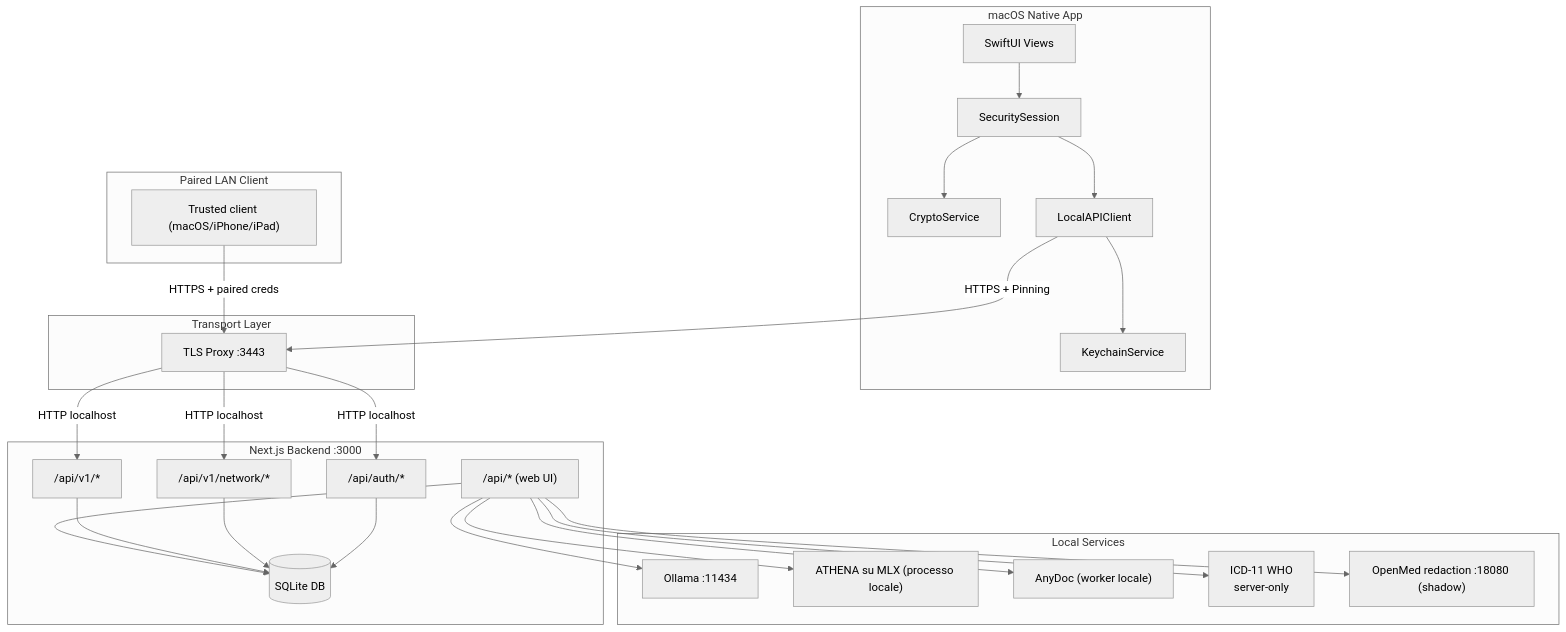
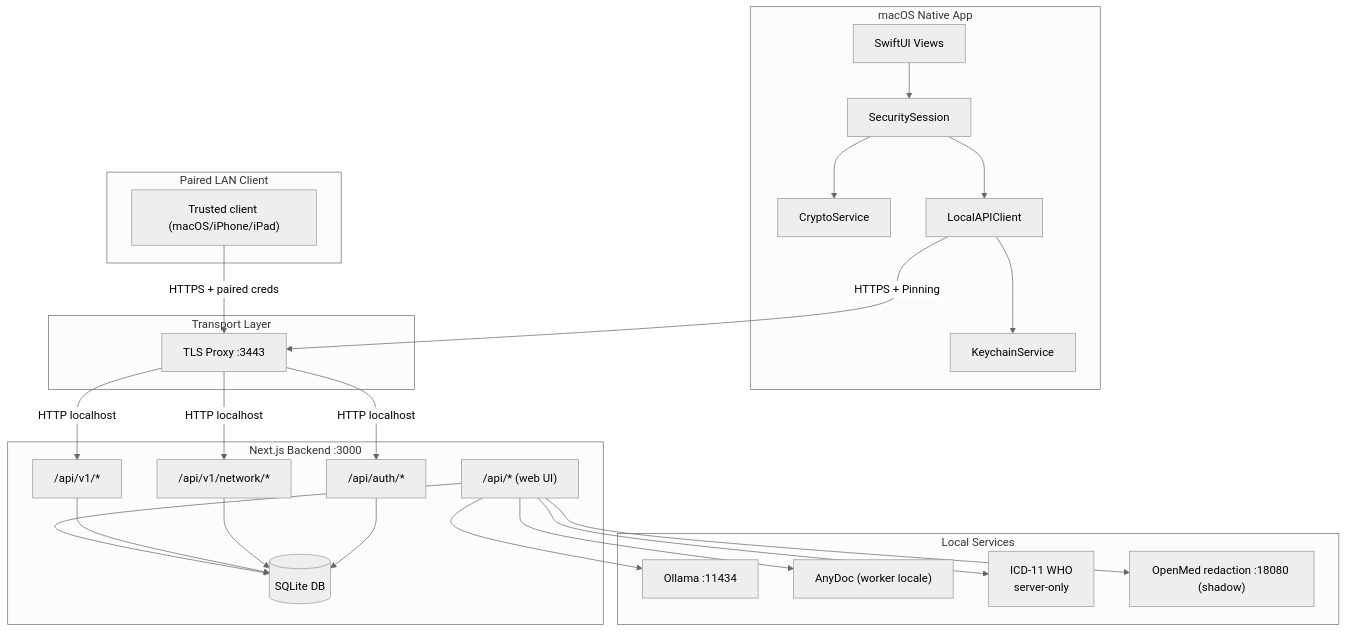
Before and after one commit to Wulfgardr/mediflow: the first of 4 diagrams in docs/walkthrough.md, drawn with Mermaid (neutral theme). The commit also changed other lines of this file and 175 other files, not shown here.

````diff
--- a/docs/walkthrough.md
+++ b/docs/walkthrough.md
@@ -74,53 +74,51 @@
 ```mermaid
 graph TB
     subgraph "macOS Native App"
         UI[SwiftUI Views]
         SEC[SecuritySession]
         CRYPTO[CryptoService]
         KC[KeychainService]
         API[LocalAPIClient]
     end
 
     subgraph "Paired LAN Client"
         PEER["Trusted client (macOS/iPhone/iPad)"]
     end
 
     subgraph "Transport Layer"
         TLS["TLS Proxy :3443"]
     end
 
     subgraph "Next.js Backend :3000"
         AUTH["/api/auth/*"]
         V1["/api/v1/*"]
         NET["/api/v1/network/*"]
         WEBAPI["/api/* (web UI)"]
         DB[(SQLite DB)]
     end
 
     subgraph "Local Services"
         OLLAMA["Ollama :11434"]
-        ATHENA["ATHENA su MLX (processo locale)"]
         ANYDOC["AnyDoc (worker locale)"]
         ICD["ICD-11 WHO<br/>server-only"]
         OPENMED["OpenMed redaction :18080 (shadow)"]
     end
 
     UI --> SEC
     SEC --> CRYPTO
     SEC --> API
     API --> KC
     API -->|HTTPS + Pinning| TLS
     PEER -->|HTTPS + paired creds| TLS
     TLS -->|HTTP localhost| V1
     TLS -->|HTTP localhost| NET
     TLS -->|HTTP localhost| AUTH
     WEBAPI --> DB
     V1 --> DB
     NET --> DB
     AUTH --> DB
     WEBAPI --> OLLAMA
-    WEBAPI --> ATHENA
     WEBAPI --> ANYDOC
     WEBAPI --> ICD
     WEBAPI --> OPENMED
 ```
````
